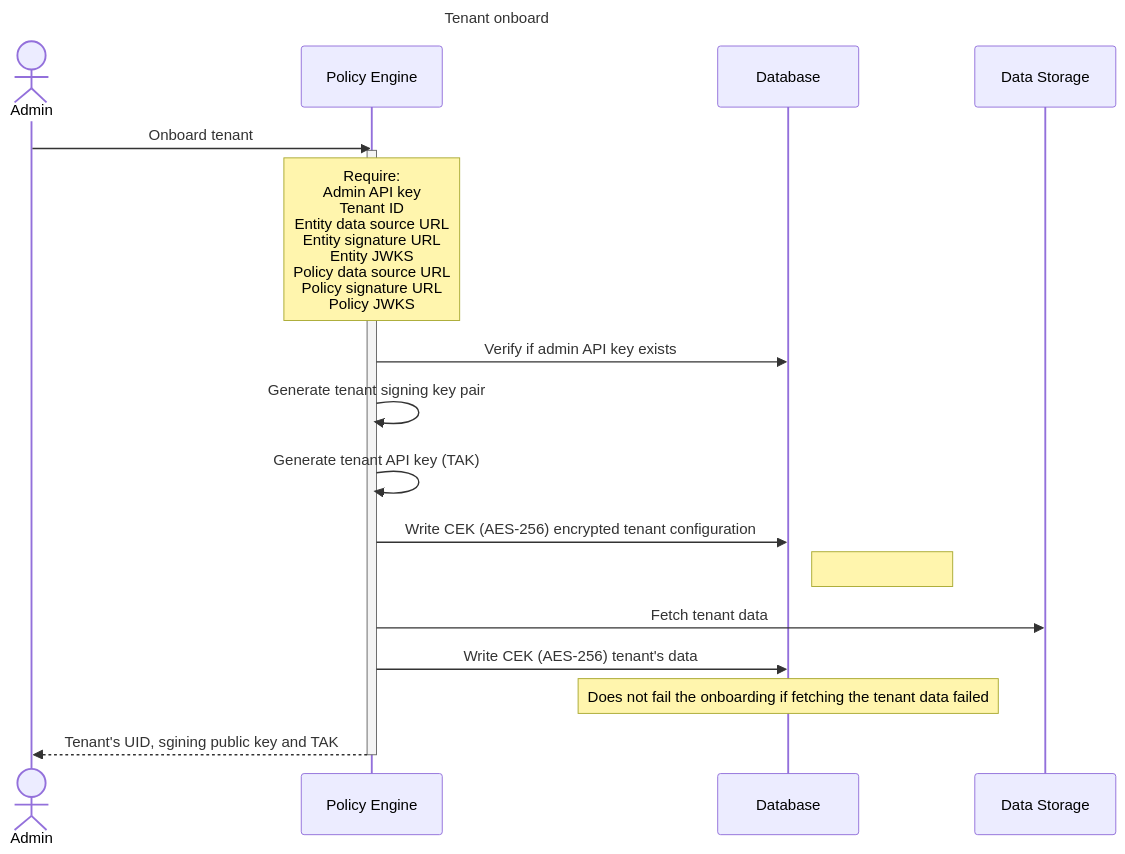
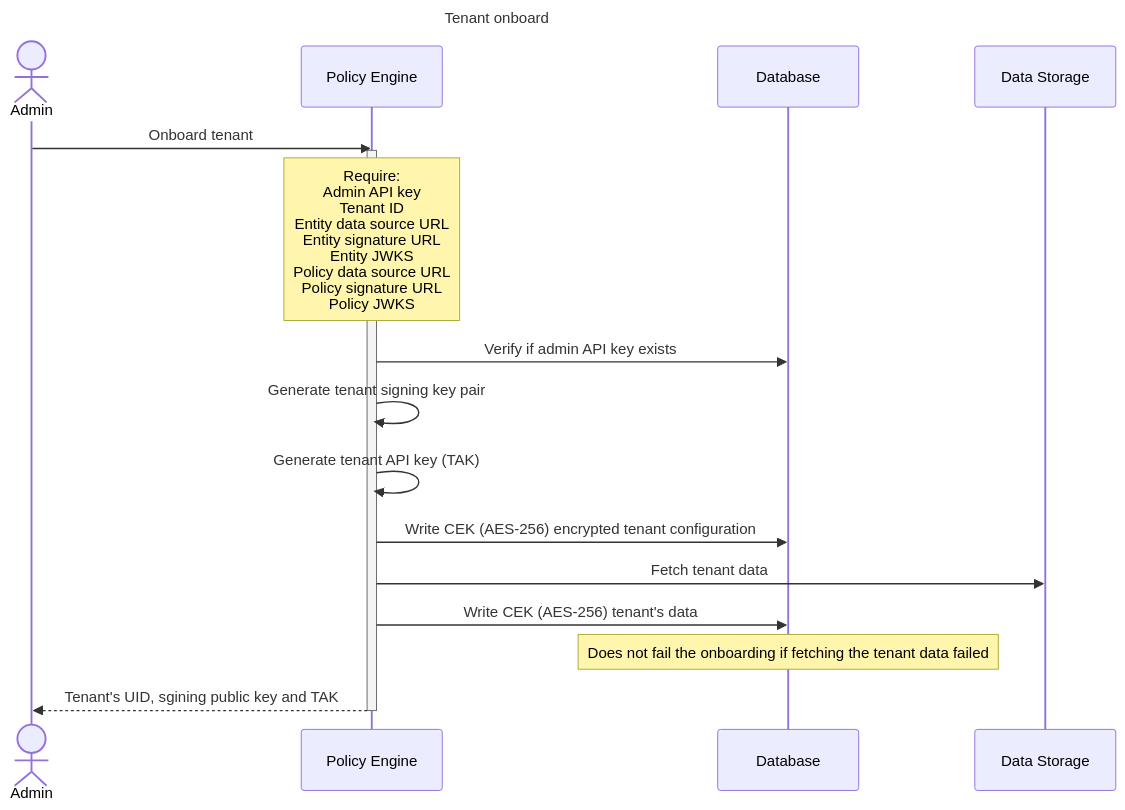
The fourth of 4 diagrams in doc/policy-engine-setup.md (narval-xyz/armory), drawn with Mermaid before and after one commit. The commit also changed other lines of this file, not shown here.

````diff
--- a/doc/policy-engine-setup.md
+++ b/doc/policy-engine-setup.md
@@ -95,23 +109,22 @@
 ```mermaid
 sequenceDiagram
   title Tenant onboard
 
   actor Admin
   participant Engine as Policy Engine
   participant DB as Database
   participant DS as Data Storage
 
   Admin ->> Engine: Onboard tenant
   activate Engine
   Note over Engine: Require: <br>Admin API key <br> Tenant ID <br> Entity data source URL <br> Entity signature URL <br> Entity JWKS <br> Policy data source URL <br> Policy signature URL <br> Policy JWKS
   Engine ->> DB: Verify if admin API key exists
   Engine ->> Engine: Generate tenant signing key pair
   Engine ->> Engine: Generate tenant API key (TAK)
   Engine ->> DB: Write CEK (AES-256) encrypted tenant configuration 
-  Note right of DB: 
   Engine ->> DS: Fetch tenant data
   Engine ->> DB: Write CEK (AES-256) tenant's data
   Note over DB: Does not fail the onboarding if fetching the tenant data failed
   Engine -->> Admin: Tenant's UID, sgining public key and TAK
   deactivate Engine
 ```
````
